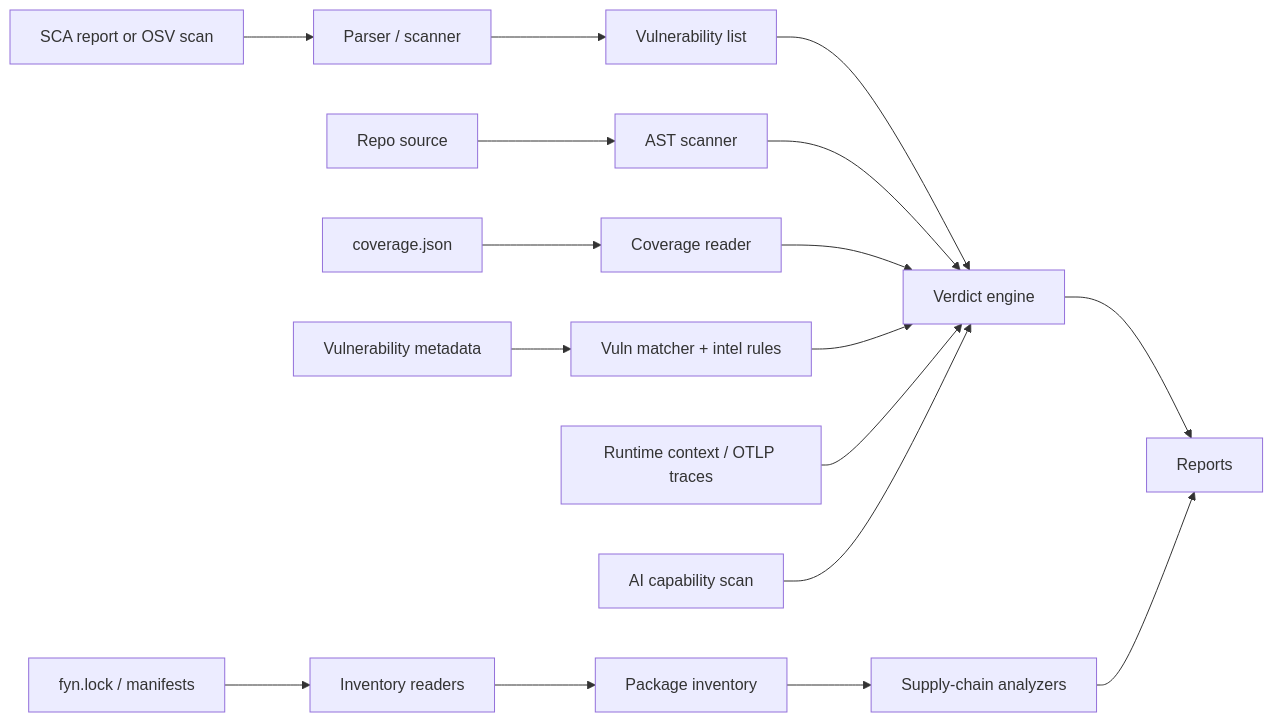
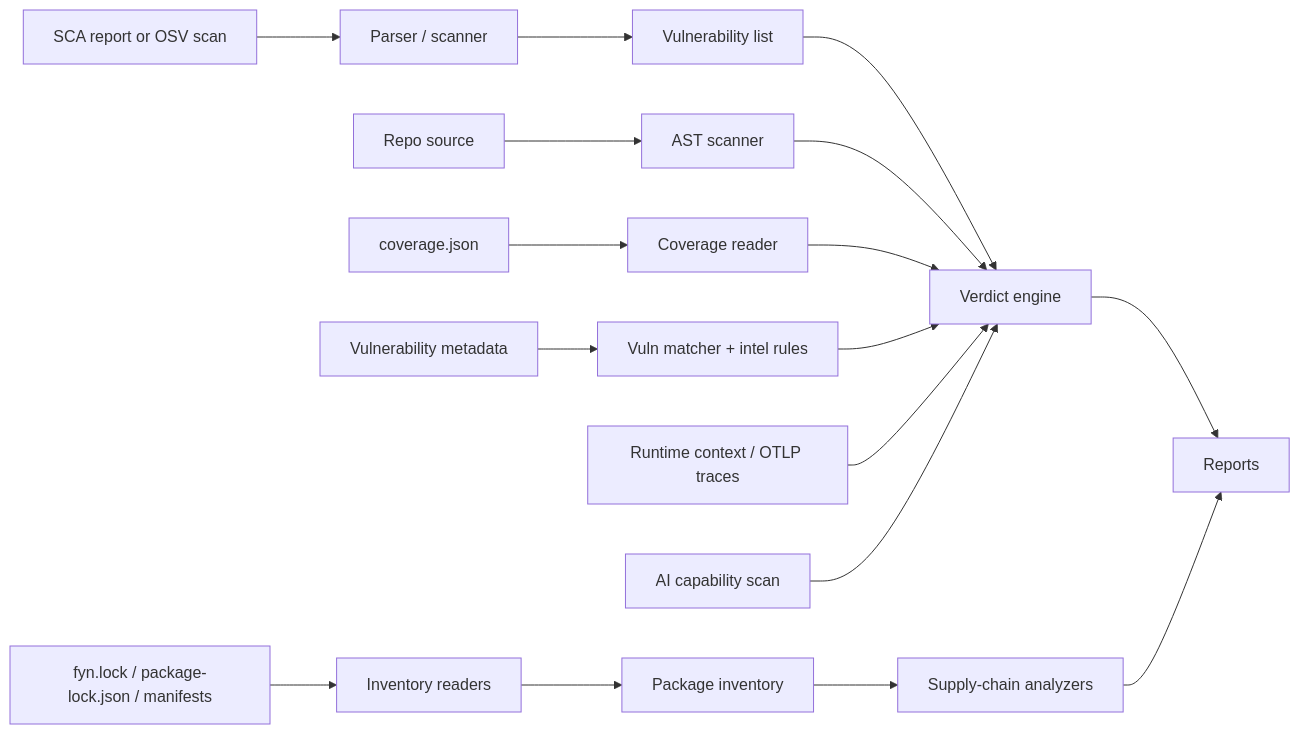
The diagram in docs/architecture/overview.md (duriantaco/ca9), drawn with Mermaid before and after one commit. The commit also changed other lines of this file and 21 other files, not shown here.

Commit message:
feat(inventory): add npm package-lock reader (#19)

````diff
--- a/docs/architecture/overview.md
+++ b/docs/architecture/overview.md
@@ -7,21 +7,21 @@
 ```mermaid
 graph LR
     A[SCA report or OSV scan] --> B[Parser / scanner]
     B --> C[Vulnerability list]
     C --> D[Verdict engine]
     D --> E[Reports]
 
-    N[fyn.lock / manifests] --> O[Inventory readers]
+    N[fyn.lock / package-lock.json / manifests] --> O[Inventory readers]
     O --> P[Package inventory]
     P --> Q[Supply-chain analyzers]
     Q --> E
 
     F[Repo source] --> G[AST scanner]
     G --> D
     H[coverage.json] --> I[Coverage reader]
     I --> D
     J[Vulnerability metadata] --> K[Vuln matcher + intel rules]
     K --> D
     L[Runtime context / OTLP traces] --> D
     M[AI capability scan] --> D
 ```
````
